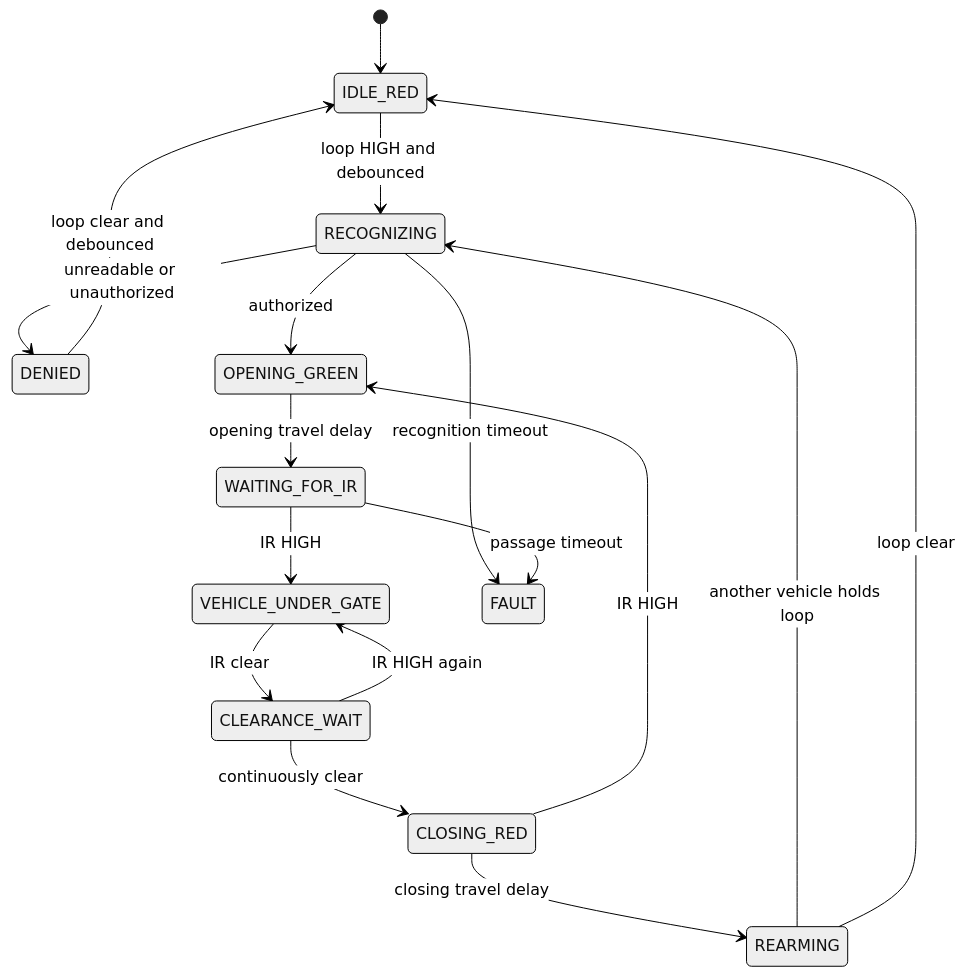
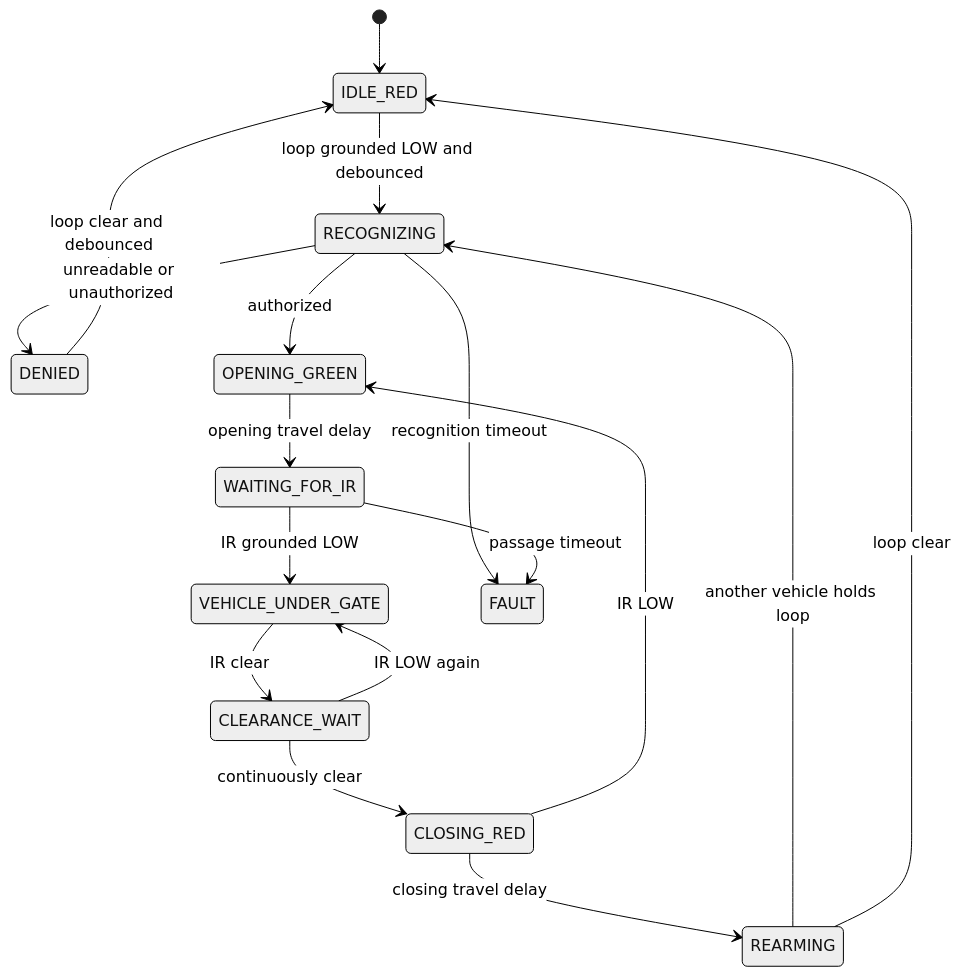
The diagram in docs/GATE_CONTROL_PLAN.md (T-REXX9/plate-controller), drawn with Mermaid (neutral theme) before and after one commit. The commit also changed other lines of this file and 13 other files, not shown here.

````diff
--- a/docs/GATE_CONTROL_PLAN.md
+++ b/docs/GATE_CONTROL_PLAN.md
@@ -54,19 +55,19 @@
 ```mermaid
 stateDiagram-v2
     [*] --> IDLE_RED
-    IDLE_RED --> RECOGNIZING: loop HIGH and debounced
+    IDLE_RED --> RECOGNIZING: loop grounded LOW and debounced
     RECOGNIZING --> DENIED: unreadable or unauthorized
     DENIED --> IDLE_RED: loop clear and debounced
     RECOGNIZING --> OPENING_GREEN: authorized
     OPENING_GREEN --> WAITING_FOR_IR: opening travel delay
-    WAITING_FOR_IR --> VEHICLE_UNDER_GATE: IR HIGH
+    WAITING_FOR_IR --> VEHICLE_UNDER_GATE: IR grounded LOW
     VEHICLE_UNDER_GATE --> CLEARANCE_WAIT: IR clear
-    CLEARANCE_WAIT --> VEHICLE_UNDER_GATE: IR HIGH again
+    CLEARANCE_WAIT --> VEHICLE_UNDER_GATE: IR LOW again
     CLEARANCE_WAIT --> CLOSING_RED: continuously clear
-    CLOSING_RED --> OPENING_GREEN: IR HIGH
+    CLOSING_RED --> OPENING_GREEN: IR LOW
     CLOSING_RED --> REARMING: closing travel delay
     REARMING --> RECOGNIZING: another vehicle holds loop
     REARMING --> IDLE_RED: loop clear
     RECOGNIZING --> FAULT: recognition timeout
     WAITING_FOR_IR --> FAULT: passage timeout
 ```
````
